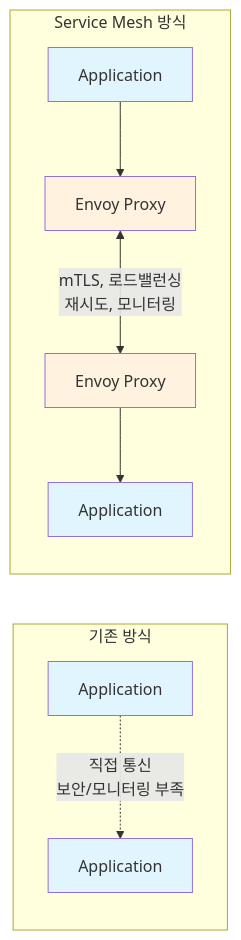
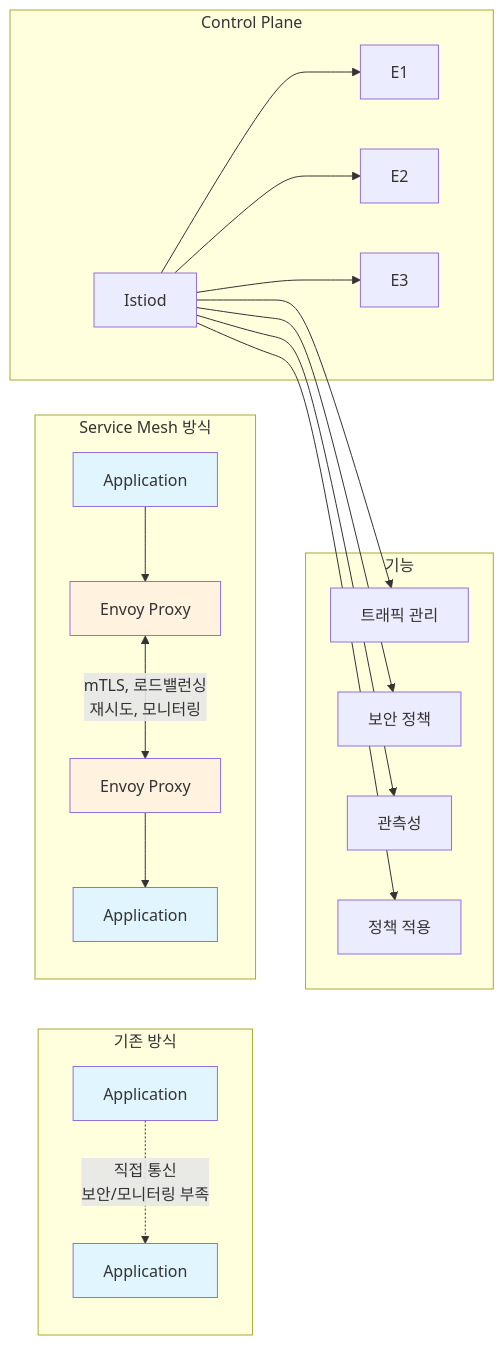
The fourth of 4 diagrams in theory/december/kubernetes_advanced/day5_istio_service_mesh/session1.md (niceguy61/kdt_devops_lecture_2025), drawn with Mermaid before and after one commit.

````diff
--- a/theory/december/kubernetes_advanced/day5_istio_service_mesh/session1.md
+++ b/theory/december/kubernetes_advanced/day5_istio_service_mesh/session1.md
@@ -192,18 +192,37 @@
 ```mermaid
 graph LR
     subgraph "기존 방식"
         App1[Application] -.->|"직접 통신<br/>보안/모니터링 부족"| App2[Application]
     end
     
     subgraph "Service Mesh 방식"
         App3[Application] --> Proxy1[Envoy Proxy]
         Proxy1 <-->|"mTLS, 로드밸런싱<br/>재시도, 모니터링"| Proxy2[Envoy Proxy]
         Proxy2 --> App4[Application]
     end
     
     classDef app fill:#e1f5fe
     classDef proxy fill:#fff3e0
     
     class App1,App2,App3,App4 app
     class Proxy1,Proxy2 proxy
+    
+    subgraph "Control Plane"
+        I[Istiod]
+        I --> E1
+        I --> E2
+        I --> E3
+    end
+    
+    subgraph "기능"
+        F1[트래픽 관리]
+        F2[보안 정책]
+        F3[관측성]
+        F4[정책 적용]
+    end
+    
+    I --> F1
+    I --> F2
+    I --> F3
+    I --> F4
 ```
````
